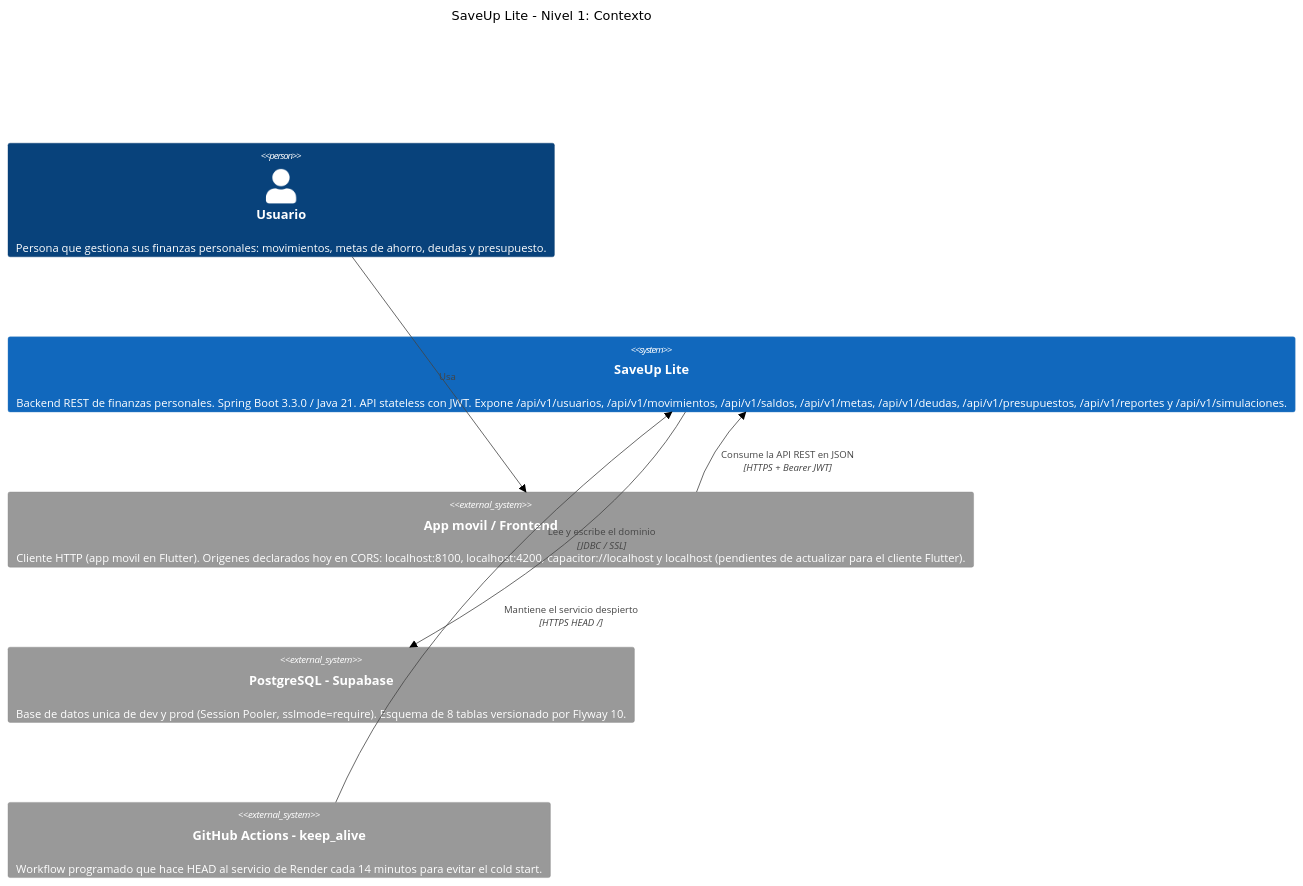
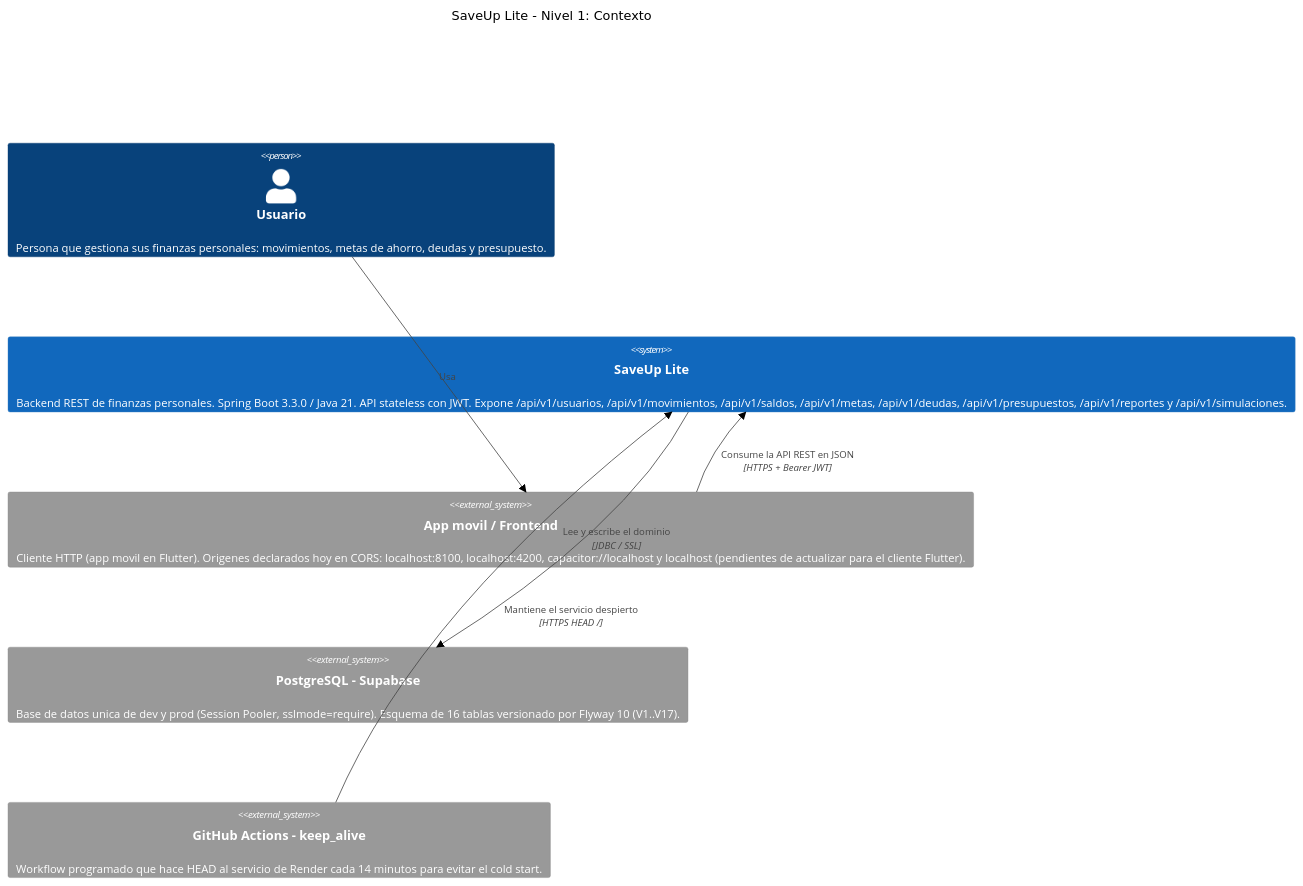
One commit to ItsMilkey/LITE changed the diagram in docs/diagramas/01-contexto.md. Above: the diagram before and after it, drawn with Mermaid (neutral theme). The commit also changed other lines of this file and 23 other files, not shown here.

````diff
--- a/docs/diagramas/01-contexto.md
+++ b/docs/diagramas/01-contexto.md
@@ -17,19 +17,19 @@
 ```mermaid
 C4Context
     title SaveUp Lite - Nivel 1: Contexto
 
     Person(usuario, "Usuario", "Persona que gestiona sus finanzas personales: movimientos, metas de ahorro, deudas y presupuesto.")
 
     System(saveup, "SaveUp Lite", "Backend REST de finanzas personales. Spring Boot 3.3.0 / Java 21. API stateless con JWT. Expone /api/v1/usuarios, /api/v1/movimientos, /api/v1/saldos, /api/v1/metas, /api/v1/deudas, /api/v1/presupuestos, /api/v1/reportes y /api/v1/simulaciones.")
 
     System_Ext(cliente, "App movil / Frontend", "Cliente HTTP (app movil en Flutter). Origenes declarados hoy en CORS: localhost:8100, localhost:4200, capacitor://localhost y localhost (pendientes de actualizar para el cliente Flutter).")
 
-    System_Ext(supabase, "PostgreSQL - Supabase", "Base de datos unica de dev y prod (Session Pooler, sslmode=require). Esquema de 8 tablas versionado por Flyway 10.")
+    System_Ext(supabase, "PostgreSQL - Supabase", "Base de datos unica de dev y prod (Session Pooler, sslmode=require). Esquema de 16 tablas versionado por Flyway 10 (V1..V17).")
 
     System_Ext(cron, "GitHub Actions - keep_alive", "Workflow programado que hace HEAD al servicio de Render cada 14 minutos para evitar el cold start.")
 
     Rel(usuario, cliente, "Usa")
     Rel(cliente, saveup, "Consume la API REST en JSON", "HTTPS + Bearer JWT")
     Rel(saveup, supabase, "Lee y escribe el dominio", "JDBC / SSL")
     Rel(cron, saveup, "Mantiene el servicio despierto", "HTTPS HEAD /")
 ```
````
